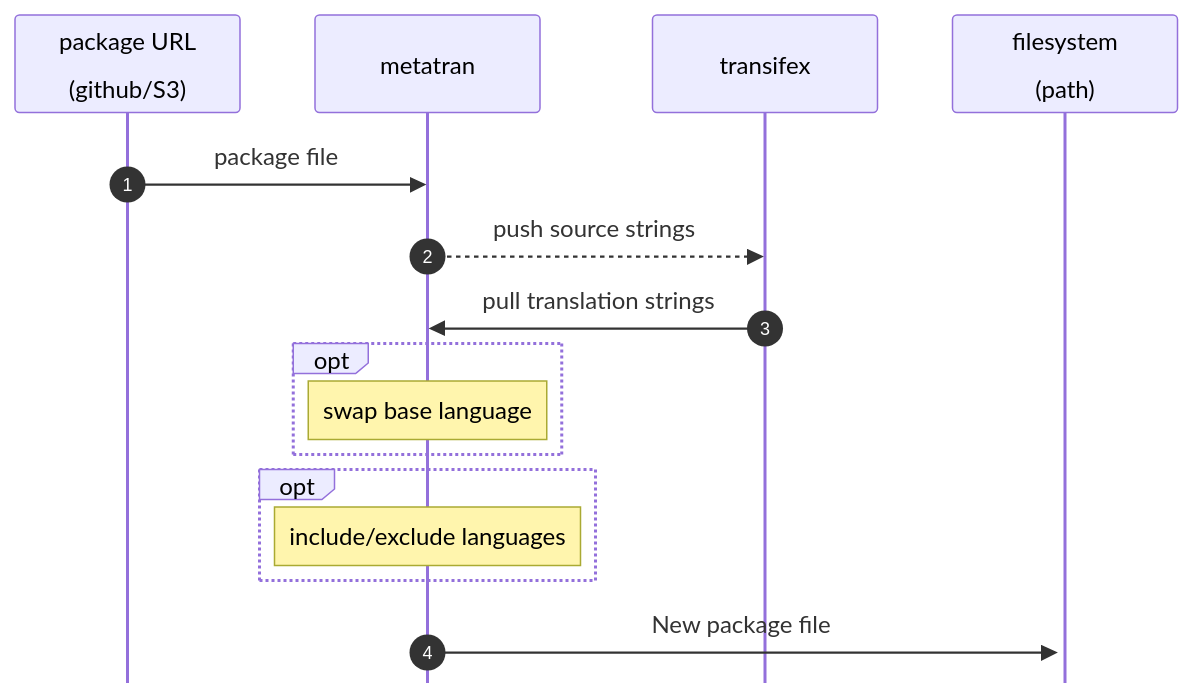
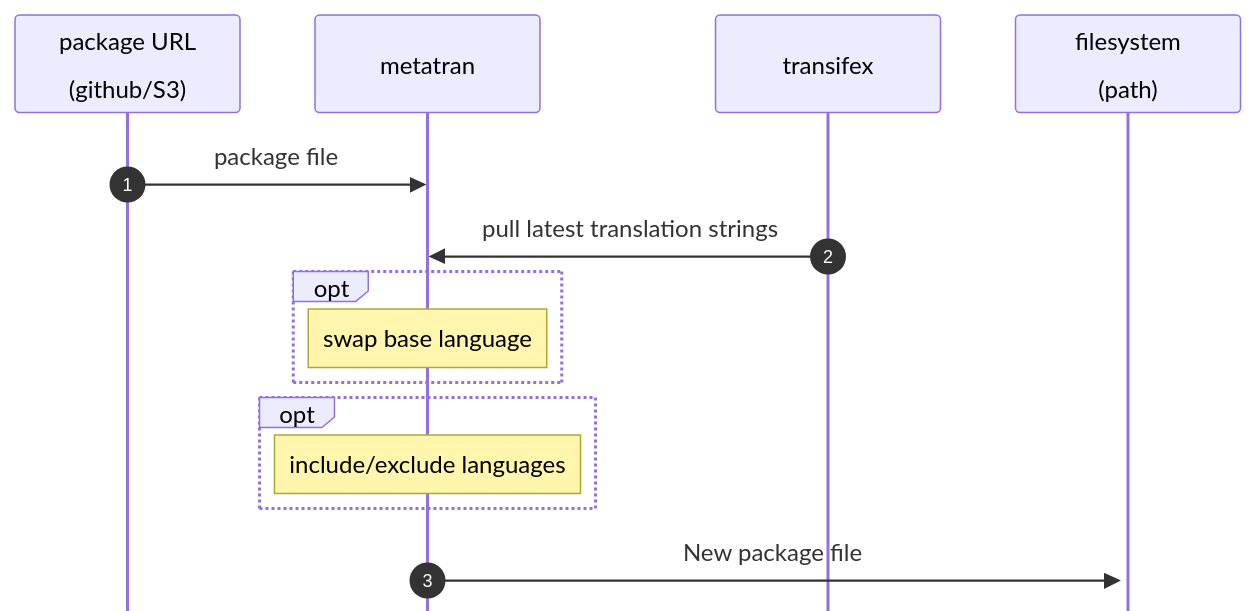
The fourth of 5 diagrams in tools/dhis2-metadata-translator/README.md (dhis2/dhis2-utils), drawn with Mermaid before and after one commit. The commit also changed other lines of this file, not shown here.

````diff
--- a/tools/dhis2-metadata-translator/README.md
+++ b/tools/dhis2-metadata-translator/README.md
@@ -117,23 +108,22 @@
 ```mermaid
 %%{init: {'mirrorActors': false } }%%
 
 sequenceDiagram
 
     autonumber
     participant G as package URL<br><br>(github/S3)
     participant M as metatran
     participant T as transifex
     participant F as filesystem<br><br>(path)
     G->>M: package file 
-    M-->>T: push source strings
-    T->>M: pull translation strings
+    T->>M: pull latest translation strings
     opt 
         note over M: swap base language
     end
 
     opt 
         note over M: include/exclude languages
     end
     M->>+F: New package file
 
 ```
````
